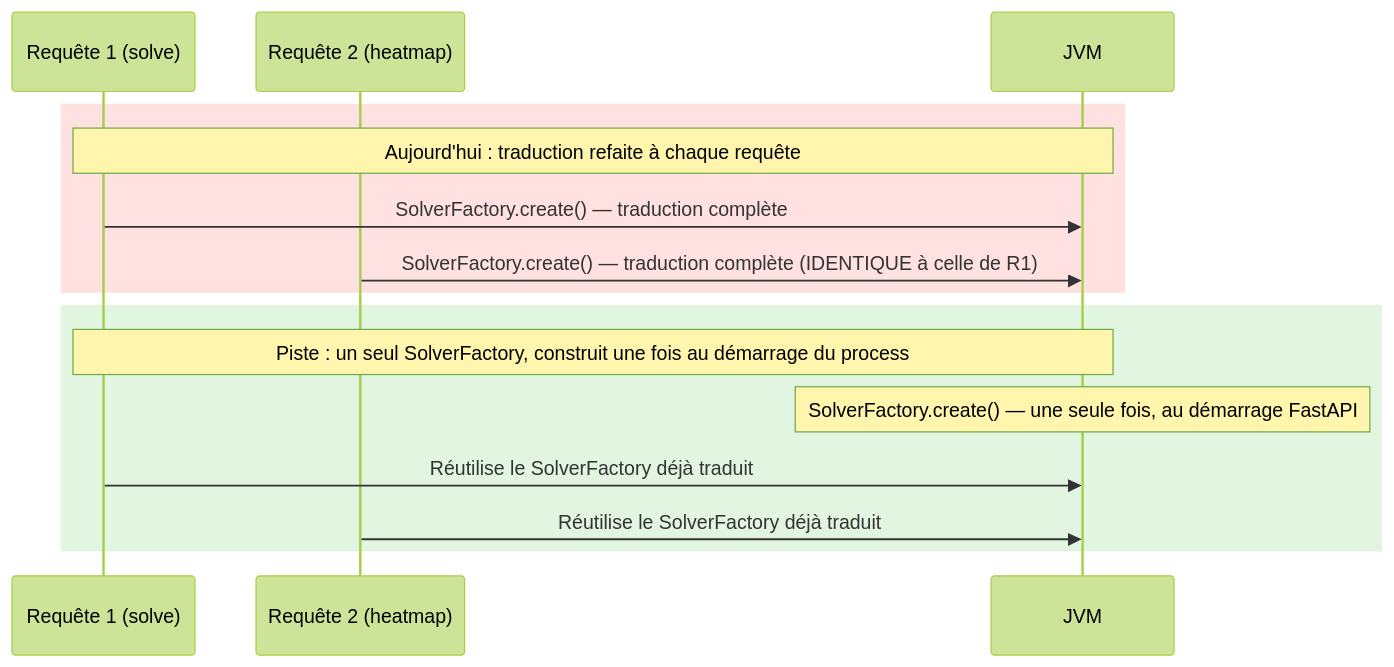
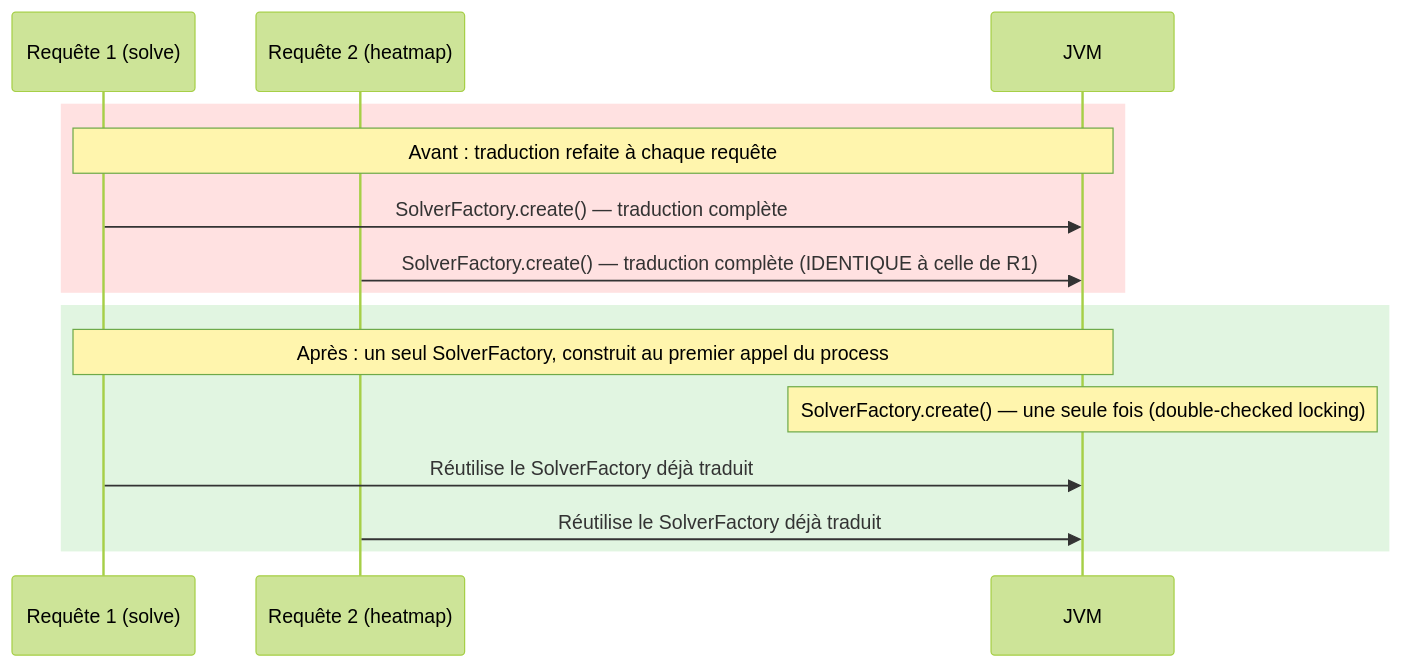
Before and after one commit to yuntux/klepsydrix: the second of 3 diagrams in backend/experimental_java_heatmap/README.md, drawn with Mermaid (forest theme). The commit also changed other lines of this file and 3 other files, not shown here.

````diff
--- a/backend/experimental_java_heatmap/README.md
+++ b/backend/experimental_java_heatmap/README.md
@@ -132,19 +132,19 @@
 ```mermaid
 sequenceDiagram
     participant R1 as Requête 1 (solve)
     participant R2 as Requête 2 (heatmap)
     participant JVM as JVM
 
     rect rgb(255, 225, 225)
-    Note over R1,JVM: Aujourd'hui : traduction refaite à chaque requête
+    Note over R1,JVM: Avant : traduction refaite à chaque requête
     R1->>JVM: SolverFactory.create() — traduction complète
     R2->>JVM: SolverFactory.create() — traduction complète (IDENTIQUE à celle de R1)
     end
 
     rect rgb(225, 245, 225)
-    Note over R1,JVM: Piste : un seul SolverFactory, construit une fois au démarrage du process
-    Note over JVM: SolverFactory.create() — une seule fois, au démarrage FastAPI
+    Note over R1,JVM: Après : un seul SolverFactory, construit au premier appel du process
+    Note over JVM: SolverFactory.create() — une seule fois (double-checked locking)
     R1->>JVM: Réutilise le SolverFactory déjà traduit
     R2->>JVM: Réutilise le SolverFactory déjà traduit
     end
 ```
````
